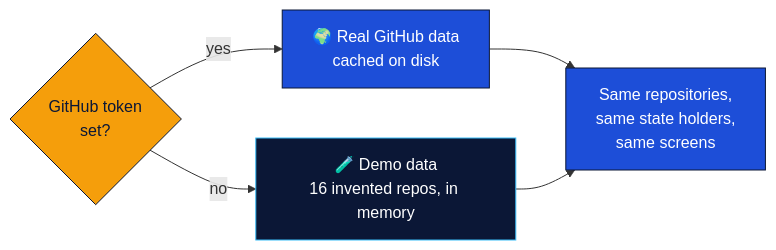
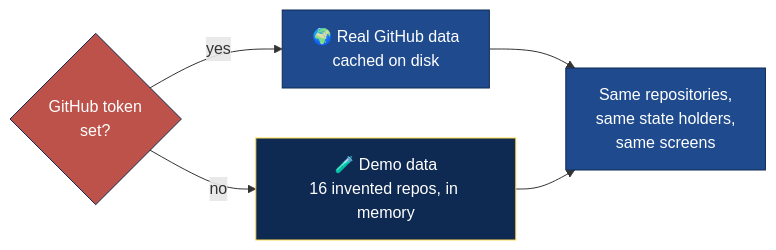
The second of 2 diagrams in README.md (GeneSJC/CodeFixPanda_Kotlin), drawn with Mermaid before and after one commit. The commit also changed other lines of this file and 7 other files, not shown here.

First line of the commit message:
README art: the divider, placeholder phones and demo slot in the app's palette, and the diagrams and two badges to match (45.39)

````diff
--- a/README.md
+++ b/README.md
@@ -195,14 +195,14 @@
 ```mermaid
 flowchart LR
     T{"GitHub token<br/>set?"} -- yes --> REAL["🌍 Real GitHub data<br/>cached on disk"]
     T -- no --> DEMO["🧪 Demo data<br/>16 invented repos, in memory"]
     REAL --> SAME["Same repositories,<br/>same state holders,<br/>same screens"]
     DEMO --> SAME
-    classDef a fill:#1D4ED8,stroke:#0B1736,color:#ffffff;
-    classDef b fill:#0B1736,stroke:#38BDF8,color:#ffffff;
-    classDef c fill:#F59E0B,stroke:#0B1736,color:#0B1736;
+    classDef a fill:#1F4B8E,stroke:#0F2A52,color:#ffffff;
+    classDef b fill:#0F2A52,stroke:#FFD94D,color:#ffffff;
+    classDef c fill:#BC524A,stroke:#0F2A52,color:#ffffff;
     class T c;
     class REAL a;
     class DEMO b;
     class SAME a;
 ```
````
